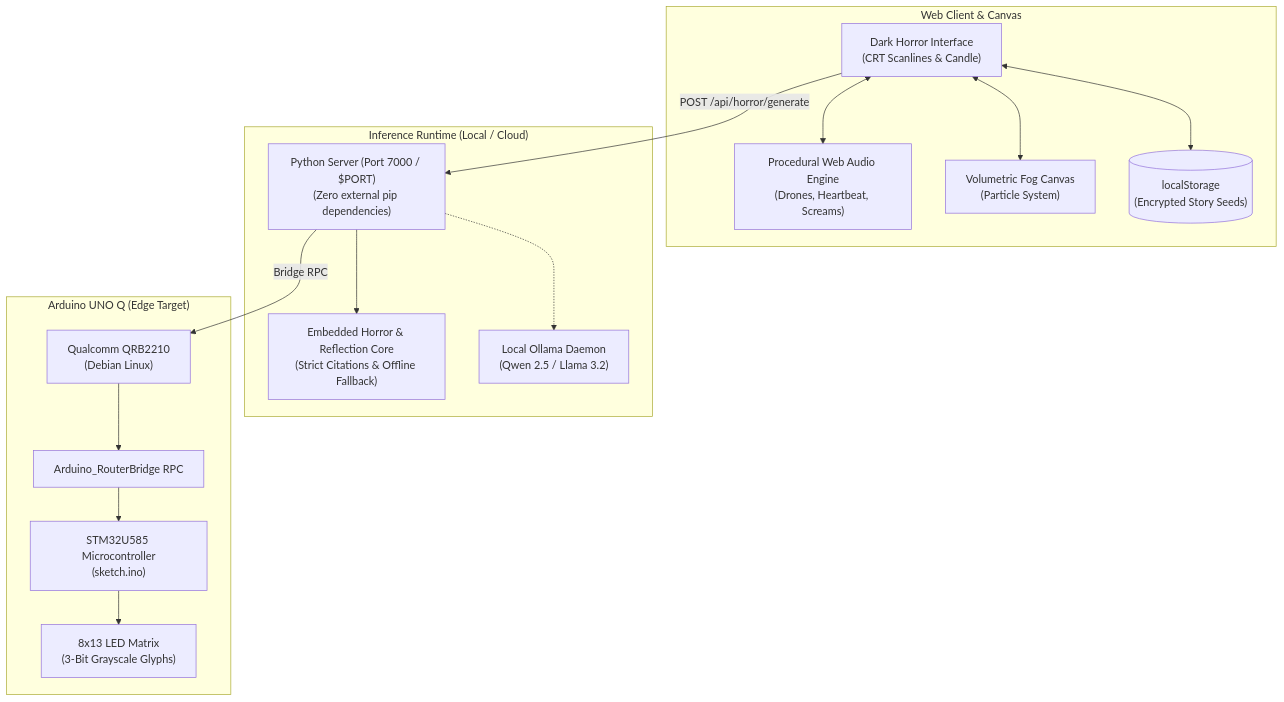
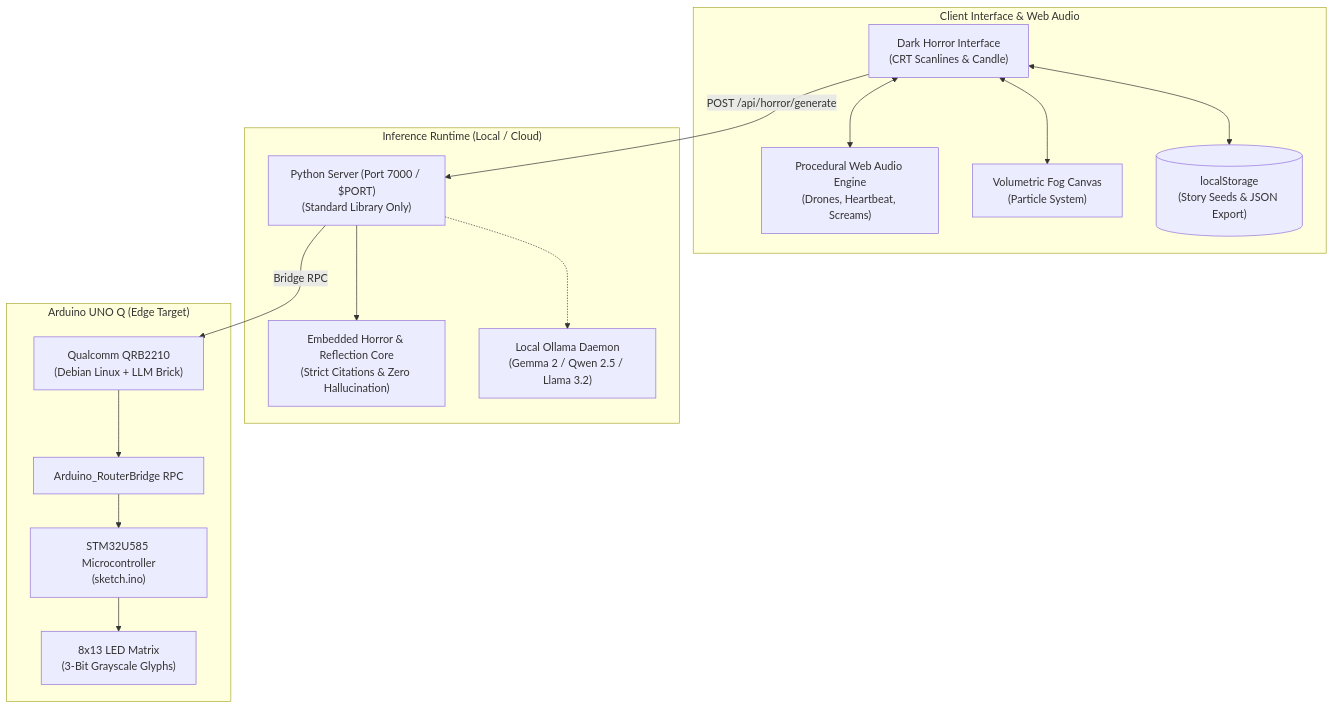
One commit to shettysaikumar20/haunted-seance changed the diagram in README.md. Above: the diagram before and after it, drawn with Mermaid. The commit also changed other lines of this file, not shown here.

Commit message:
Update README to align with official Hacktoberfest Week 4 prompt, partner categories (Render, Arduino, Gemma), and judging criteria

````diff
--- a/README.md
+++ b/README.md
@@ -81,31 +114,31 @@
 ```mermaid
 flowchart TD
-    subgraph Browser ["Web Client & Canvas"]
+    subgraph Browser ["Client Interface & Web Audio"]
         UI["Dark Horror Interface\n(CRT Scanlines & Candle)"]
         Audio["Procedural Web Audio Engine\n(Drones, Heartbeat, Screams)"]
         Fog["Volumetric Fog Canvas\n(Particle System)"]
-        Storage[("localStorage\n(Encrypted Story Seeds)")]
+        Storage[("localStorage\n(Story Seeds & JSON Export)")]
     end
 
     subgraph Host ["Inference Runtime (Local / Cloud)"]
-        Server["Python Server (Port 7000 / $PORT)\n(Zero external pip dependencies)"]
-        LocalEngine["Embedded Horror & Reflection Core\n(Strict Citations & Offline Fallback)"]
-        Ollama["Local Ollama Daemon\n(Qwen 2.5 / Llama 3.2)"]
+        Server["Python Server (Port 7000 / $PORT)\n(Standard Library Only)"]
+        LocalEngine["Embedded Horror & Reflection Core\n(Strict Citations & Zero Hallucination)"]
+        Ollama["Local Ollama Daemon\n(Gemma 2 / Qwen 2.5 / Llama 3.2)"]
     end
 
     subgraph Hardware ["Arduino UNO Q (Edge Target)"]
-        LinuxCore["Qualcomm QRB2210\n(Debian Linux)"]
+        LinuxCore["Qualcomm QRB2210\n(Debian Linux + LLM Brick)"]
         BridgeRPC["Arduino_RouterBridge RPC"]
         MCU["STM32U585 Microcontroller\n(sketch.ino)"]
         Matrix["8x13 LED Matrix\n(3-Bit Grayscale Glyphs)"]
     end
 
     UI <--> Audio
     UI <--> Fog
     UI <--> Storage
     UI -- "POST /api/horror/generate" --> Server
     Server --> LocalEngine
     Server -.-> Ollama
     Server -- "Bridge RPC" --> LinuxCore
     LinuxCore --> BridgeRPC --> MCU --> Matrix
 ```
````
